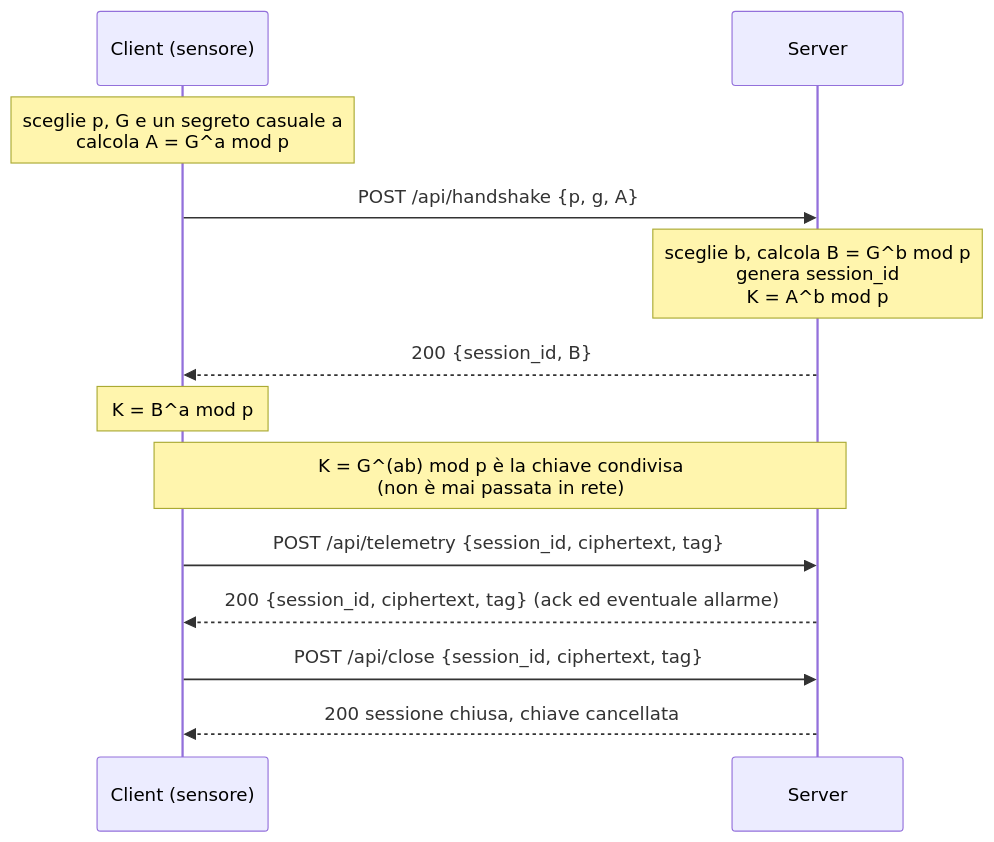
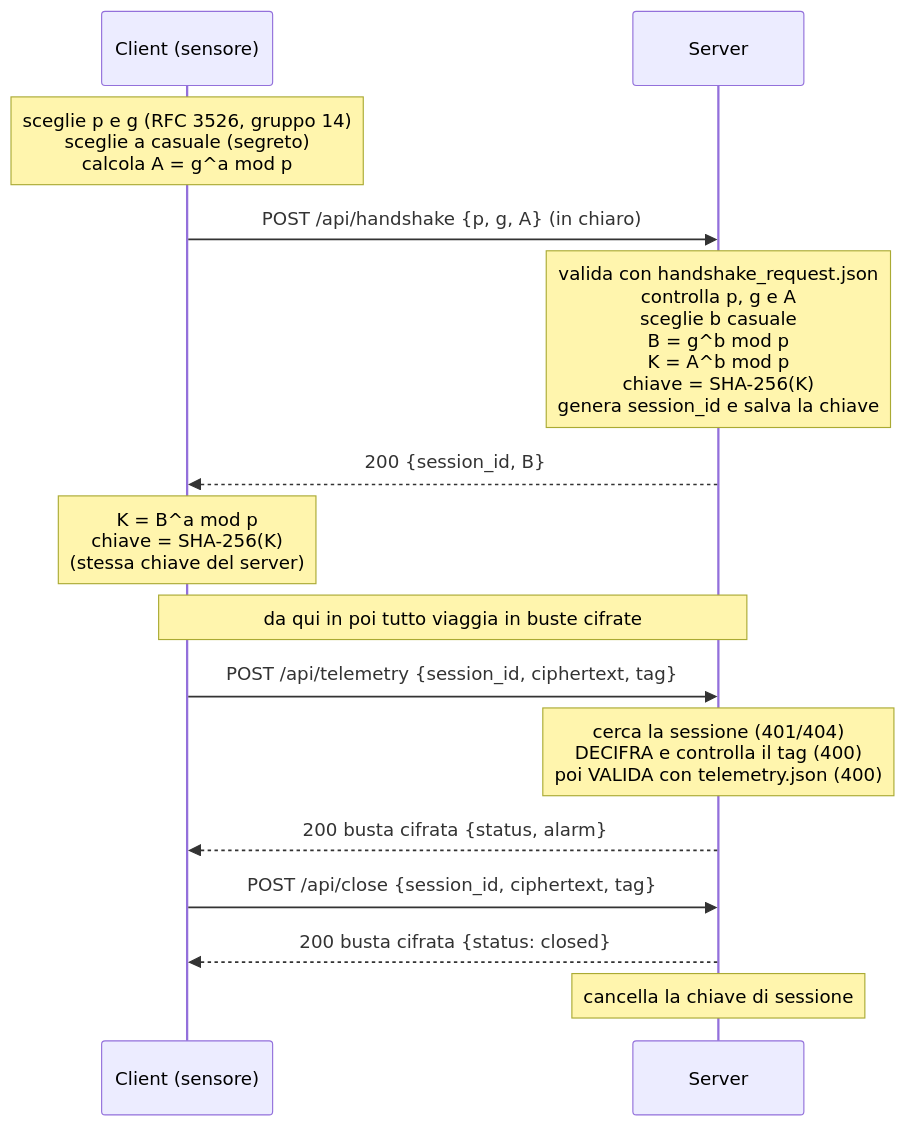
Before and after one commit to Ebuilube/FrigoTrackCapelli: the diagram in README.md, drawn with Mermaid. The commit also changed other lines of this file and 1 other file, not shown here.

````diff
--- a/README.md
+++ b/README.md
@@ -54,17 +61,19 @@
 ```mermaid
 sequenceDiagram
     participant C as Client (sensore)
     participant S as Server
 
-    Note over C: sceglie p, G e un segreto casuale a<br/>calcola A = G^a mod p
-    C->>S: POST /api/handshake {p, g, A}
-    Note over S: sceglie b, calcola B = G^b mod p<br/>genera session_id<br/>K = A^b mod p
+    Note over C: sceglie p e g (RFC 3526, gruppo 14)<br/>sceglie a casuale (segreto)<br/>calcola A = g^a mod p
+    C->>S: POST /api/handshake {p, g, A} (in chiaro)
+    Note over S: valida con handshake_request.json<br/>controlla p, g e A<br/>sceglie b casuale<br/>B = g^b mod p<br/>K = A^b mod p<br/>chiave = SHA-256(K)<br/>genera session_id e salva la chiave
     S-->>C: 200 {session_id, B}
-    Note over C: K = B^a mod p
-    Note over C,S: K = G^(ab) mod p è la chiave condivisa<br/>(non è mai passata in rete)
+    Note over C: K = B^a mod p<br/>chiave = SHA-256(K)<br/>(stessa chiave del server)
 
+    Note over C,S: da qui in poi tutto viaggia in buste cifrate
     C->>S: POST /api/telemetry {session_id, ciphertext, tag}
-    S-->>C: 200 {session_id, ciphertext, tag} (ack ed eventuale allarme)
+    Note over S: cerca la sessione (401/404)<br/>DECIFRA e controlla il tag (400)<br/>poi VALIDA con telemetry.json (400)
+    S-->>C: 200 busta cifrata {status, alarm}
     C->>S: POST /api/close {session_id, ciphertext, tag}
-    S-->>C: 200 sessione chiusa, chiave cancellata
+    S-->>C: 200 busta cifrata {status: closed}
+    Note over S: cancella la chiave di sessione
 ```
````
